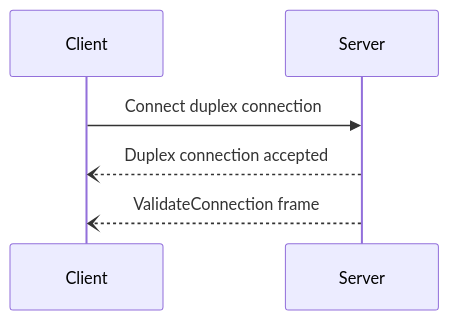
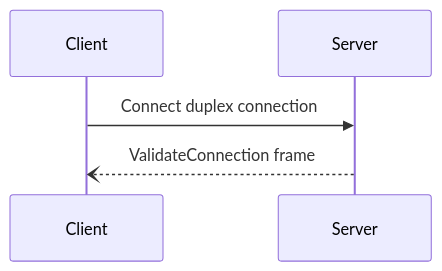
The diagram in pages/icerpc-core/ice-protocol/connection-establishment.md (icerpc/icerpc-docs), drawn with Mermaid before and after one commit. The commit also changed 4 other files, not shown here.

````diff
--- a/pages/icerpc-core/ice-protocol/connection-establishment.md
+++ b/pages/icerpc-core/ice-protocol/connection-establishment.md
@@ -26,6 +26,5 @@
 ```mermaid
 sequenceDiagram
     Client->>Server: Connect duplex connection
-    Server--)Client: Duplex connection accepted
     Server--)Client: ValidateConnection frame
 ```
````
